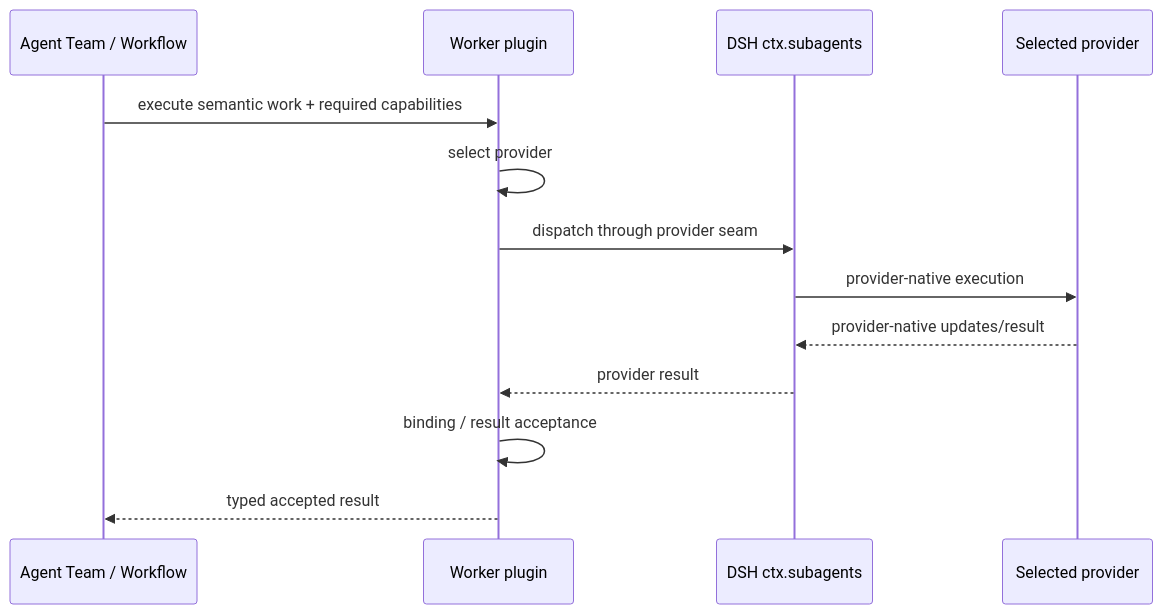
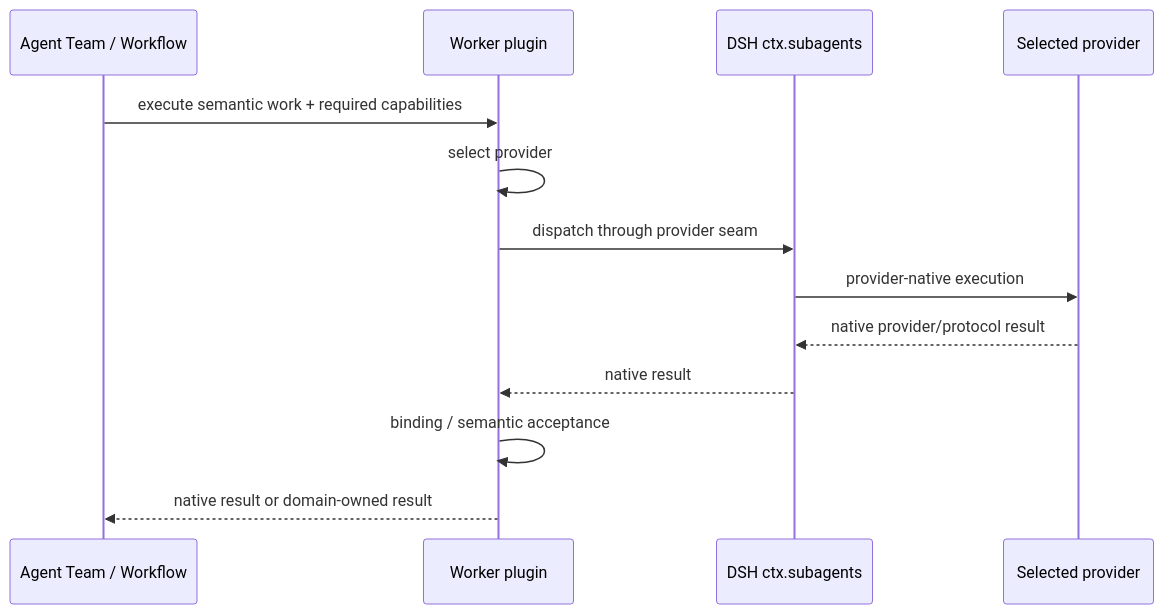
Before and after one commit to tsuuanmi/AgentOS: the diagram in docs/architecture/plugins/worker/communication.md, drawn with Mermaid. The commit also changed other lines of this file, not shown here.

Commit message:
docs: keep Worker communication protocol-native

```diff
--- a/docs/architecture/plugins/worker/communication.md
+++ b/docs/architecture/plugins/worker/communication.md
@@ -29,16 +29,16 @@
 ~~~mermaid
 sequenceDiagram
     participant C as Agent Team / Workflow
     participant W as Worker plugin
     participant S as DSH ctx.subagents
     participant P as Selected provider
 
     C->>W: execute semantic work + required capabilities
     W->>W: select provider
     W->>S: dispatch through provider seam
     S->>P: provider-native execution
-    P-->>S: provider-native updates/result
-    S-->>W: provider result
-    W->>W: binding / result acceptance
-    W-->>C: typed accepted result
+    P-->>S: native provider/protocol result
+    S-->>W: native result
+    W->>W: binding / semantic acceptance
+    W-->>C: native result or domain-owned result
 ~~~
```
